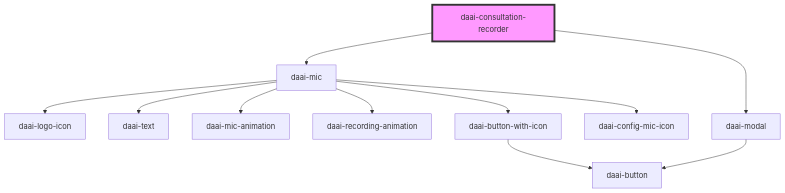
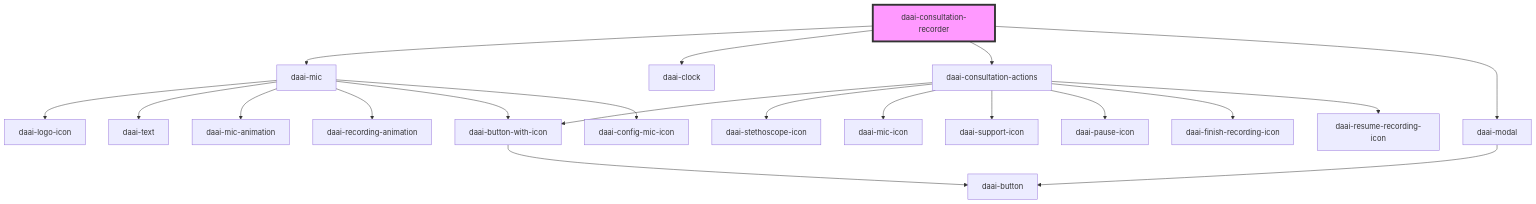
The diagram in src/components/templates/daai-consultation-recorder/readme.md (doctor-assistant/web-components), drawn with Mermaid before and after one commit. The commit also changed other lines of this file and 25 other files, not shown here.

Commit message:
feat: :sparkles: building recording and button state logic

````diff
--- a/src/components/templates/daai-consultation-recorder/readme.md
+++ b/src/components/templates/daai-consultation-recorder/readme.md
@@ -16,14 +18,23 @@
 ```mermaid
 graph TD;
   daai-consultation-recorder --> daai-mic
+  daai-consultation-recorder --> daai-clock
+  daai-consultation-recorder --> daai-consultation-actions
   daai-consultation-recorder --> daai-modal
   daai-mic --> daai-logo-icon
   daai-mic --> daai-text
   daai-mic --> daai-mic-animation
   daai-mic --> daai-recording-animation
   daai-mic --> daai-button-with-icon
   daai-mic --> daai-config-mic-icon
   daai-button-with-icon --> daai-button
+  daai-consultation-actions --> daai-button-with-icon
+  daai-consultation-actions --> daai-stethoscope-icon
+  daai-consultation-actions --> daai-mic-icon
+  daai-consultation-actions --> daai-support-icon
+  daai-consultation-actions --> daai-pause-icon
+  daai-consultation-actions --> daai-finish-recording-icon
+  daai-consultation-actions --> daai-resume-recording-icon
   daai-modal --> daai-button
   style daai-consultation-recorder fill:#f9f,stroke:#333,stroke-width:4px
 ```
````
